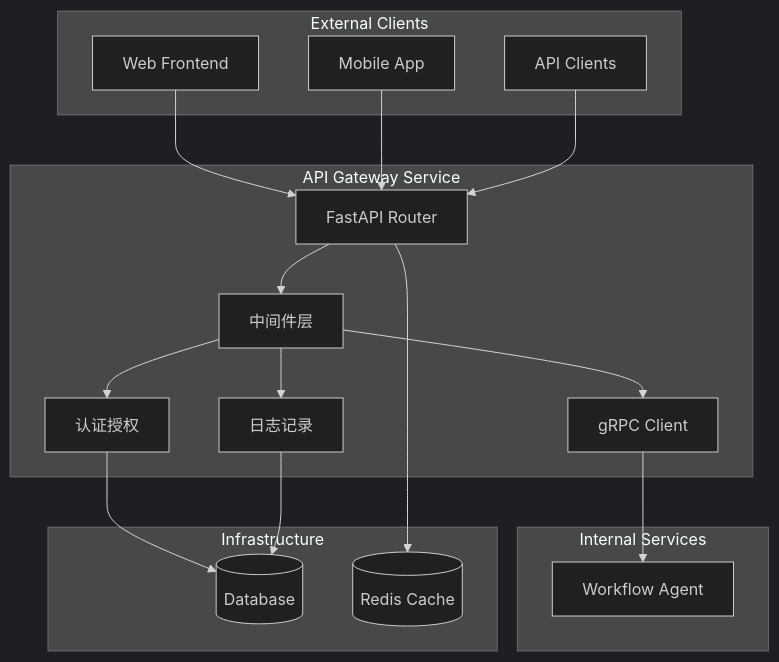
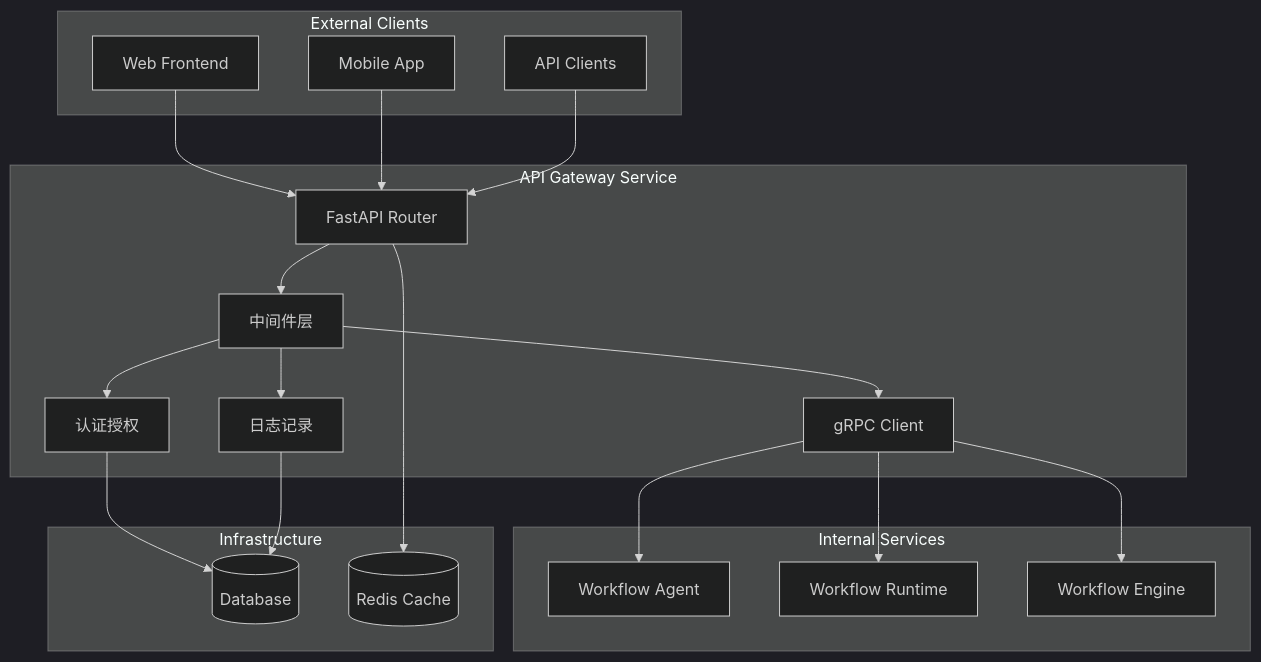
Before and after one commit to CurvatureX/agent_team_monorepo: the first of 2 diagrams in docs/tech-design/api-gateway-architecture.md, drawn with Mermaid (dark theme). The commit also changed other lines of this file and 6 other files, not shown here.

````diff
--- a/docs/tech-design/api-gateway-architecture.md
+++ b/docs/tech-design/api-gateway-architecture.md
@@ -17,40 +17,44 @@
 ```mermaid
 graph TB
     subgraph "External Clients"
         WEB[Web Frontend]
         MOBILE[Mobile App]
         API_CLIENT[API Clients]
     end
 
     subgraph "API Gateway Service"
         ROUTER[FastAPI Router]
         MIDDLEWARE[中间件层]
         GRPC_CLIENT[gRPC Client]
         AUTH[认证授权]
         LOGGING[日志记录]
     end
 
     subgraph "Internal Services"
         WORKFLOW_AGENT[Workflow Agent]
+        WORKFLOW_RUNTIME[Workflow Runtime]
+        WORKFLOW_ENGINE[Workflow Engine]
     end
 
     subgraph "Infrastructure"
         DB[(Database)]
         CACHE[(Redis Cache)]
     end
 
     WEB --> ROUTER
     MOBILE --> ROUTER
     API_CLIENT --> ROUTER
 
     ROUTER --> MIDDLEWARE
     MIDDLEWARE --> AUTH
     MIDDLEWARE --> LOGGING
     MIDDLEWARE --> GRPC_CLIENT
 
     GRPC_CLIENT --> WORKFLOW_AGENT
+    GRPC_CLIENT --> WORKFLOW_RUNTIME
+    GRPC_CLIENT --> WORKFLOW_ENGINE
 
     AUTH --> DB
     LOGGING --> DB
     ROUTER --> CACHE
 ```
````
